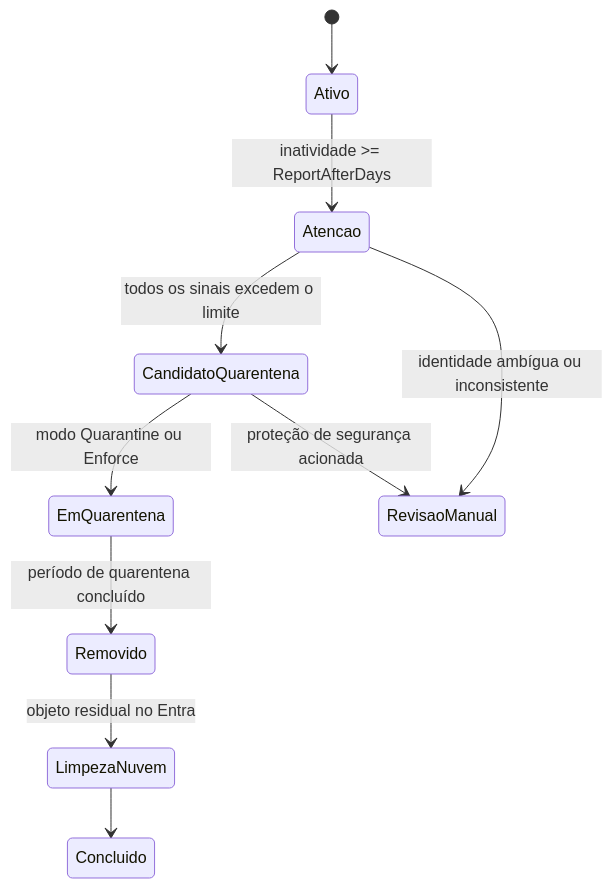
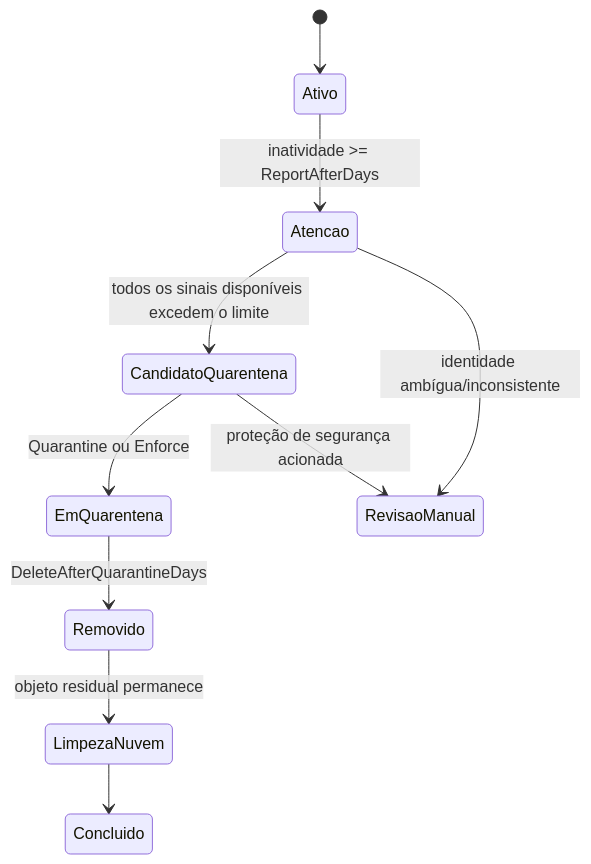
Before and after one commit to diogowermann/DeviceLifecycle: the diagram in README.pt-BR.md, drawn with Mermaid. The commit also changed other lines of this file and 2 other files, not shown here.

First line of the commit message:
Document Enforce production validation and scheduled task model (#5)

````diff
--- a/README.pt-BR.md
+++ b/README.pt-BR.md
@@ -78,13 +50,13 @@
 ```mermaid
 stateDiagram-v2
     [*] --> Ativo
     Ativo --> Atencao: inatividade >= ReportAfterDays
-    Atencao --> CandidatoQuarentena: todos os sinais excedem o limite
-    CandidatoQuarentena --> EmQuarentena: modo Quarantine ou Enforce
-    EmQuarentena --> Removido: período de quarentena concluído
-    Removido --> LimpezaNuvem: objeto residual no Entra
+    Atencao --> CandidatoQuarentena: todos os sinais disponíveis excedem o limite
+    CandidatoQuarentena --> EmQuarentena: Quarantine ou Enforce
+    EmQuarentena --> Removido: DeleteAfterQuarantineDays
+    Removido --> LimpezaNuvem: objeto residual permanece
     LimpezaNuvem --> Concluido
 
-    Atencao --> RevisaoManual: identidade ambígua ou inconsistente
+    Atencao --> RevisaoManual: identidade ambígua/inconsistente
     CandidatoQuarentena --> RevisaoManual: proteção de segurança acionada
 ```
````
